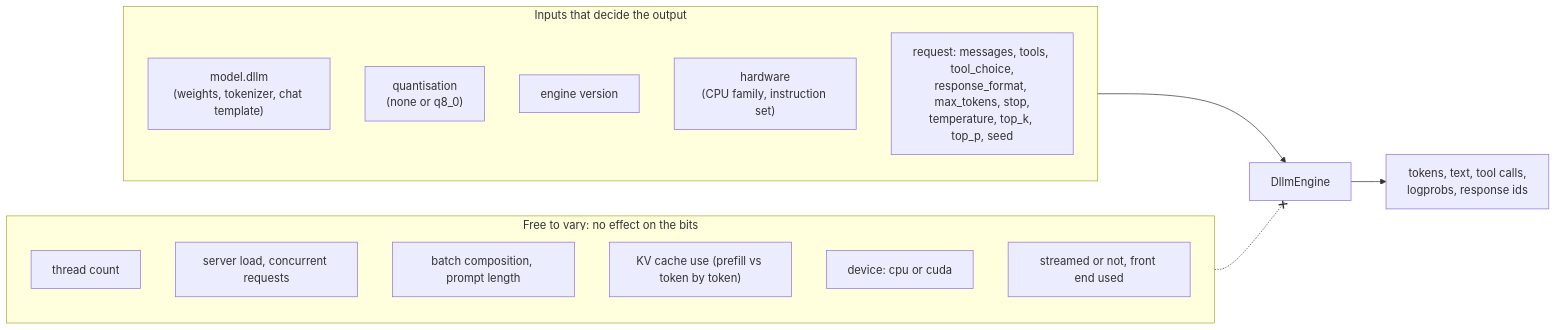
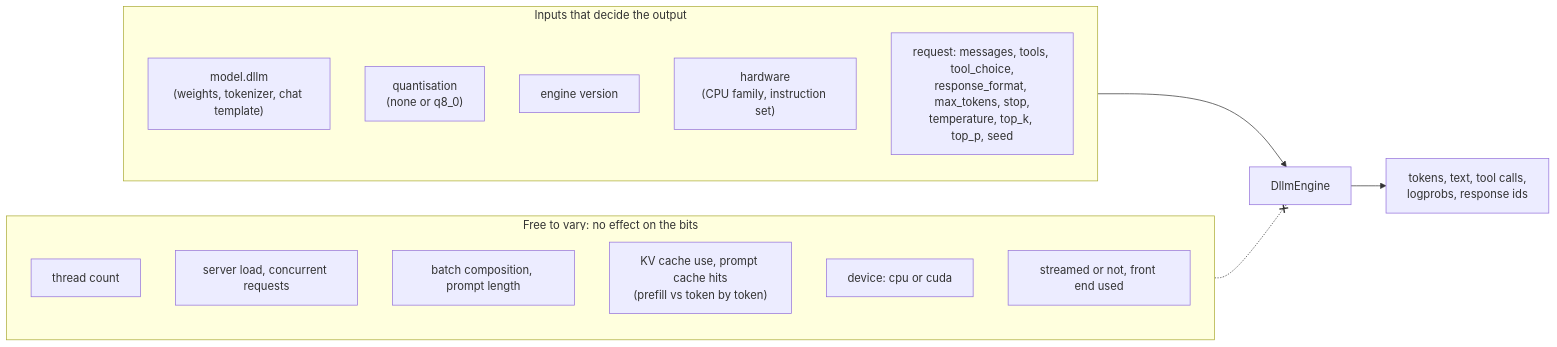
The first of 4 diagrams in docs/architecture/determinism.md (vrenken/etalii.dllm), drawn with Mermaid before and after one commit. The commit also changed other lines of this file and 2 other files, not shown here.

First line of the commit message:
Architecture docs: inference pipeline

````diff
--- a/docs/architecture/determinism.md
+++ b/docs/architecture/determinism.md
@@ -11,24 +11,24 @@
 ```mermaid
 flowchart LR
     subgraph inputs["Inputs that decide the output"]
         direction TB
         model["model.dllm<br/>(weights, tokenizer, chat template)"]
         quant["quantisation<br/>(none or q8_0)"]
         version["engine version"]
         hw["hardware<br/>(CPU family, instruction set)"]
         req["request: messages, tools, tool_choice,<br/>response_format, max_tokens, stop,<br/>temperature, top_k, top_p, seed"]
     end
 
     subgraph free["Free to vary: no effect on the bits"]
         direction TB
         threads["thread count"]
         load["server load, concurrent requests"]
         batch["batch composition, prompt length"]
-        cache["KV cache use (prefill vs token by token)"]
+        cache["KV cache use, prompt cache hits<br/>(prefill vs token by token)"]
         device["device: cpu or cuda"]
         stream["streamed or not, front end used"]
     end
 
     inputs --> engine["DllmEngine"] --> out["tokens, text, tool calls,<br/>logprobs, response ids"]
     free -.-x engine
 ```
````
